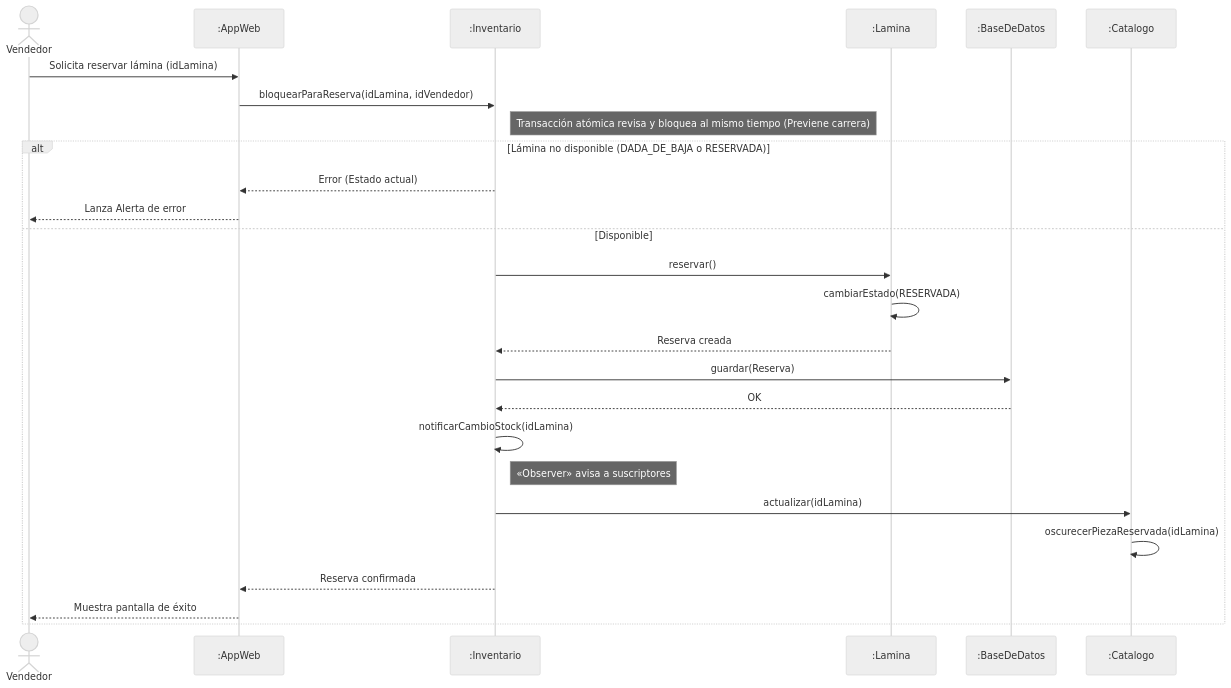
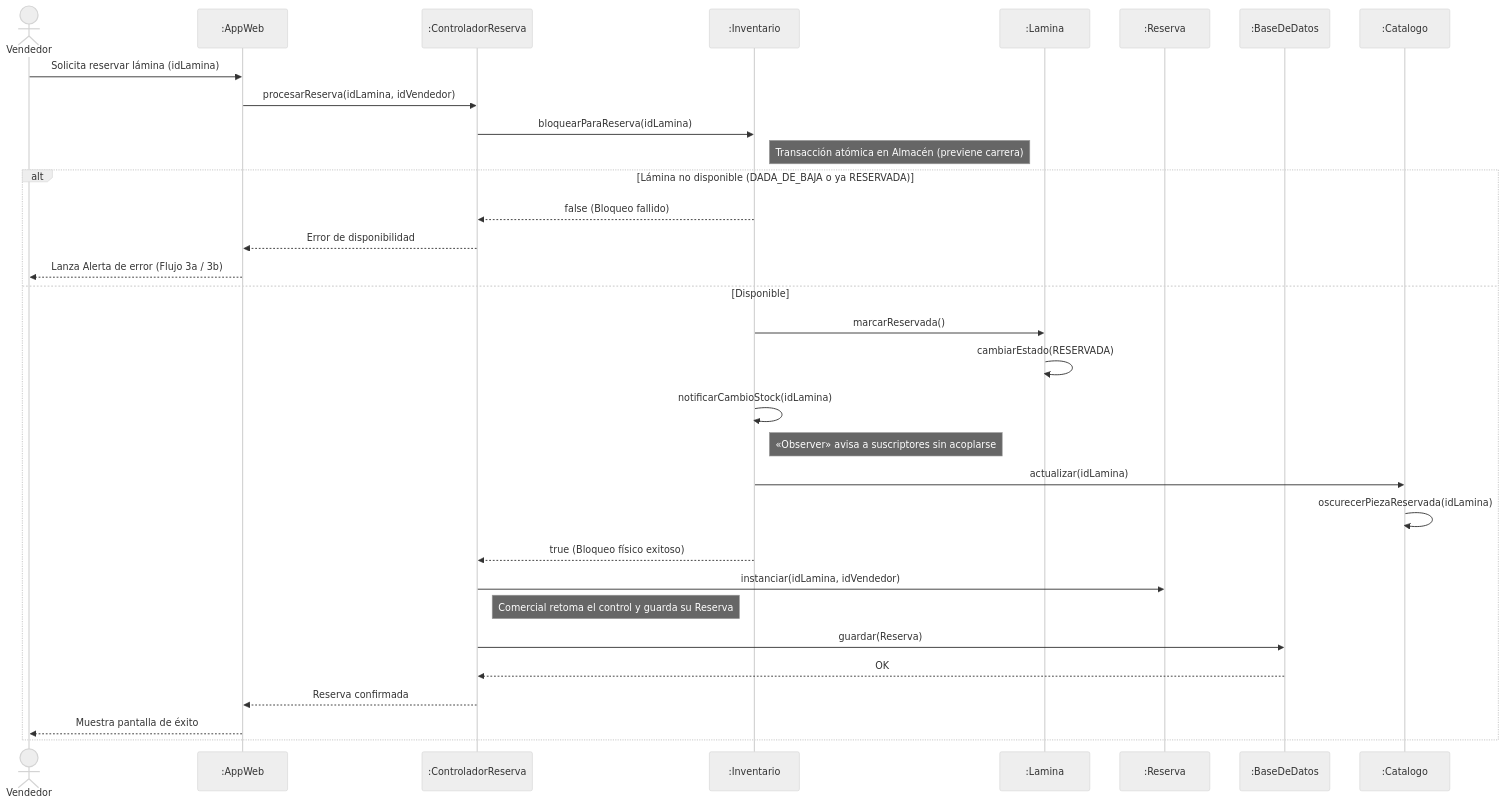
Before and after one commit to Csramy/Inventario-Empresa: the fifth of 8 diagrams in docs/arch/diagramas.md, drawn with Mermaid (neutral theme). The commit also changed other lines of this file, not shown here.

````diff
--- a/docs/arch/diagramas.md
+++ b/docs/arch/diagramas.md
@@ -124,30 +124,40 @@
 ```mermaid
 sequenceDiagram
     actor Ven as Vendedor
     participant Web as :AppWeb
+    participant Com as :ControladorReserva
     participant Inv as :Inventario
     participant Lam as :Lamina
+    participant Res as :Reserva
     participant BD as :BaseDeDatos
     participant Cat as :Catalogo
 
     Ven->>Web: Solicita reservar lámina (idLamina)
-    Web->>Inv: bloquearParaReserva(idLamina, idVendedor)
-    note right of Inv: Transacción atómica revisa y bloquea al mismo tiempo (Previene carrera)
+    Web->>Com: procesarReserva(idLamina, idVendedor)
     
-    alt Lámina no disponible (DADA_DE_BAJA o RESERVADA)
-        Inv-->>Web: Error (Estado actual)
-        Web-->>Ven: Lanza Alerta de error
+    Com->>Inv: bloquearParaReserva(idLamina)
+    note right of Inv: Transacción atómica en Almacén (previene carrera)
+    
+    alt Lámina no disponible (DADA_DE_BAJA o ya RESERVADA)
+        Inv-->>Com: false (Bloqueo fallido)
+        Com-->>Web: Error de disponibilidad
+        Web-->>Ven: Lanza Alerta de error (Flujo 3a / 3b)
     else Disponible
-        Inv->>Lam: reservar()
+        Inv->>Lam: marcarReservada()
         Lam->>Lam: cambiarEstado(RESERVADA)
-        Lam-->>Inv: Reserva creada
-        Inv->>BD: guardar(Reserva)
-        BD-->>Inv: OK
+        
         Inv->>Inv: notificarCambioStock(idLamina)
-        note right of Inv: «Observer» avisa a suscriptores
+        note right of Inv: «Observer» avisa a suscriptores sin acoplarse
         Inv->>Cat: actualizar(idLamina)
         Cat->>Cat: oscurecerPiezaReservada(idLamina)
-        Inv-->>Web: Reserva confirmada
+        
+        Inv-->>Com: true (Bloqueo físico exitoso)
+        
+        Com->>Res: instanciar(idLamina, idVendedor)
+        note right of Com: Comercial retoma el control y guarda su Reserva
+        Com->>BD: guardar(Reserva)
+        BD-->>Com: OK
+        Com-->>Web: Reserva confirmada
         Web-->>Ven: Muestra pantalla de éxito
     end
 ```
````
